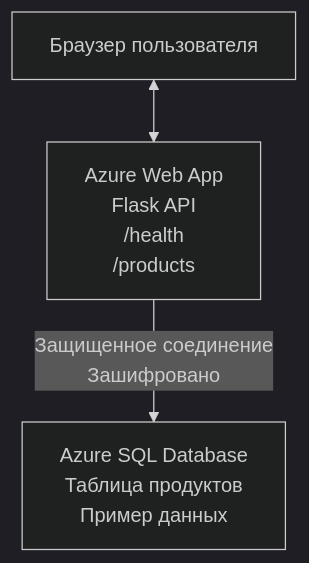
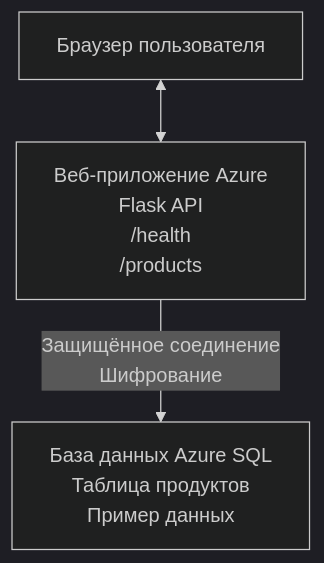
The diagram in translations/ru/examples/database-app/README.md (microsoft/AZD-for-beginners), drawn with Mermaid (dark theme) before and after one commit. The commit also changed other lines of this file and 104 other files, not shown here.

````diff
--- a/translations/ru/examples/database-app/README.md
+++ b/translations/ru/examples/database-app/README.md
@@ -72,5 +72,5 @@
 ```mermaid
 graph TD
-    Browser[Браузер пользователя] <--> WebApp[Azure Web App<br/>Flask API<br/>/health<br/>/products]
-    WebApp -- Защищенное соединение<br/>Зашифровано --> SQL[Azure SQL Database<br/>Таблица продуктов<br/>Пример данных]
+    Browser[Браузер пользователя] <--> WebApp[Веб-приложение Azure<br/>Flask API<br/>/health<br/>/products]
+    WebApp -- Защищённое соединение<br/>Шифрование --> SQL[База данных Azure SQL<br/>Таблица продуктов<br/>Пример данных]
 ```
````
